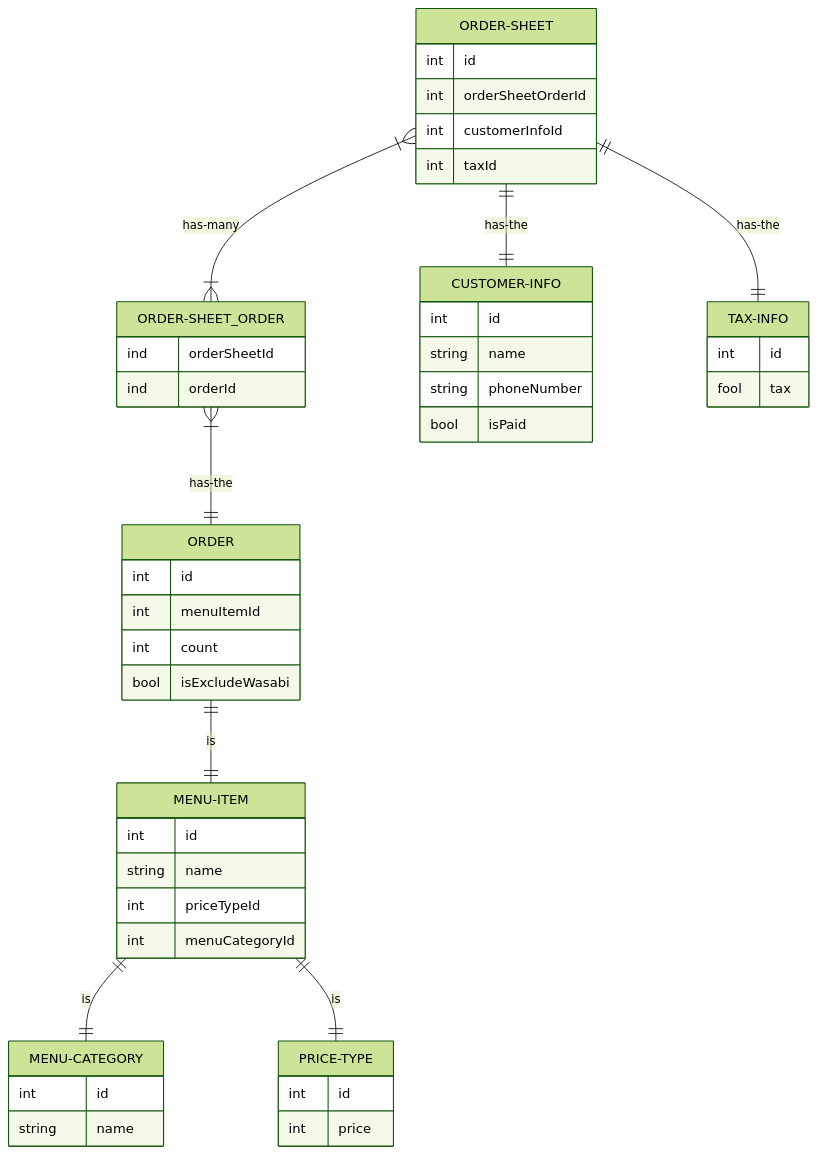
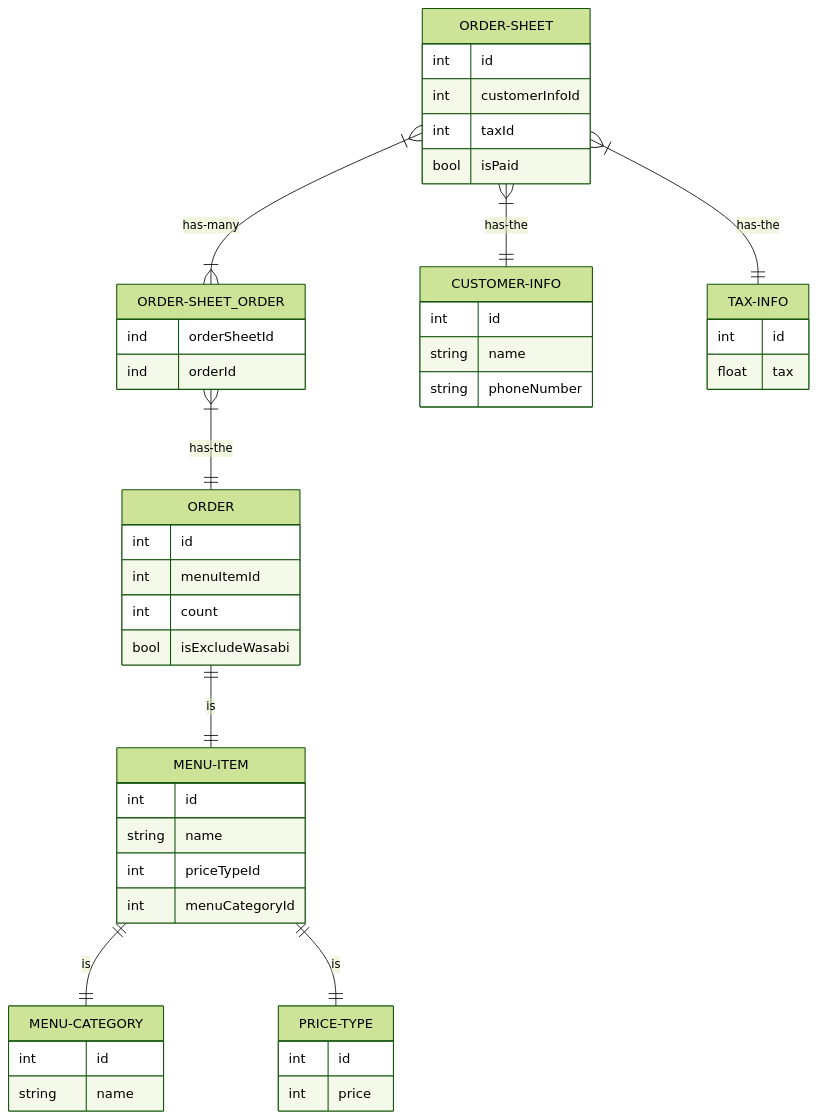
The first of 2 diagrams in データベース設計/DBモデリング1/README.md (junseinagao/praha-challenge), drawn with Mermaid (forest theme) before and after one commit. The commit also changed other lines of this file, not shown here.

````diff
--- a/データベース設計/DBモデリング1/README.md
+++ b/データベース設計/DBモデリング1/README.md
@@ -5,58 +7,57 @@
 ```mermaid
 erDiagram
     ORDER-SHEET }|--|{ ORDER-SHEET_ORDER : has-many
     ORDER-SHEET_ORDER }|--|| ORDER : has-the
-    ORDER-SHEET ||--|| CUSTOMER-INFO : has-the
-    ORDER-SHEET ||--|| TAX-INFO : has-the
+    ORDER-SHEET }|--|| CUSTOMER-INFO : has-the
+    ORDER-SHEET }|--|| TAX-INFO : has-the
     ORDER ||--|| MENU-ITEM : is
     MENU-ITEM ||--|| MENU-CATEGORY : is
     MENU-ITEM ||--|| PRICE-TYPE : is
 
     ORDER-SHEET {
         int id
-        int orderSheetOrderId
         int customerInfoId
         int taxId
+        bool isPaid
     }
 
     ORDER-SHEET_ORDER {
         ind orderSheetId
         ind orderId
     }
 
     ORDER {
         int id
         int menuItemId
         int count
         bool isExcludeWasabi
     }
 
     MENU-ITEM {
         int id
         string name
         int priceTypeId
         int menuCategoryId
     }
 
     PRICE-TYPE {
         int id
         int price
     }
 
     MENU-CATEGORY {
         int id
         string name
     }
 
     CUSTOMER-INFO {
         int id
         string name
         string phoneNumber
-        bool isPaid
     }
 
     TAX-INFO {
         int id
-        fool tax
+        float tax
     }
 ```
````
